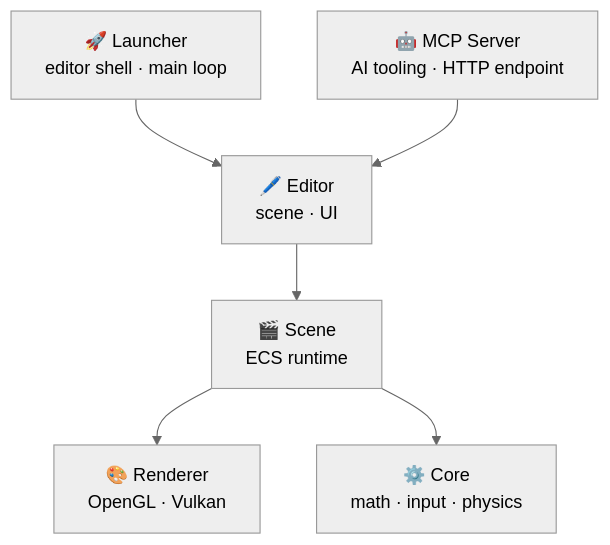
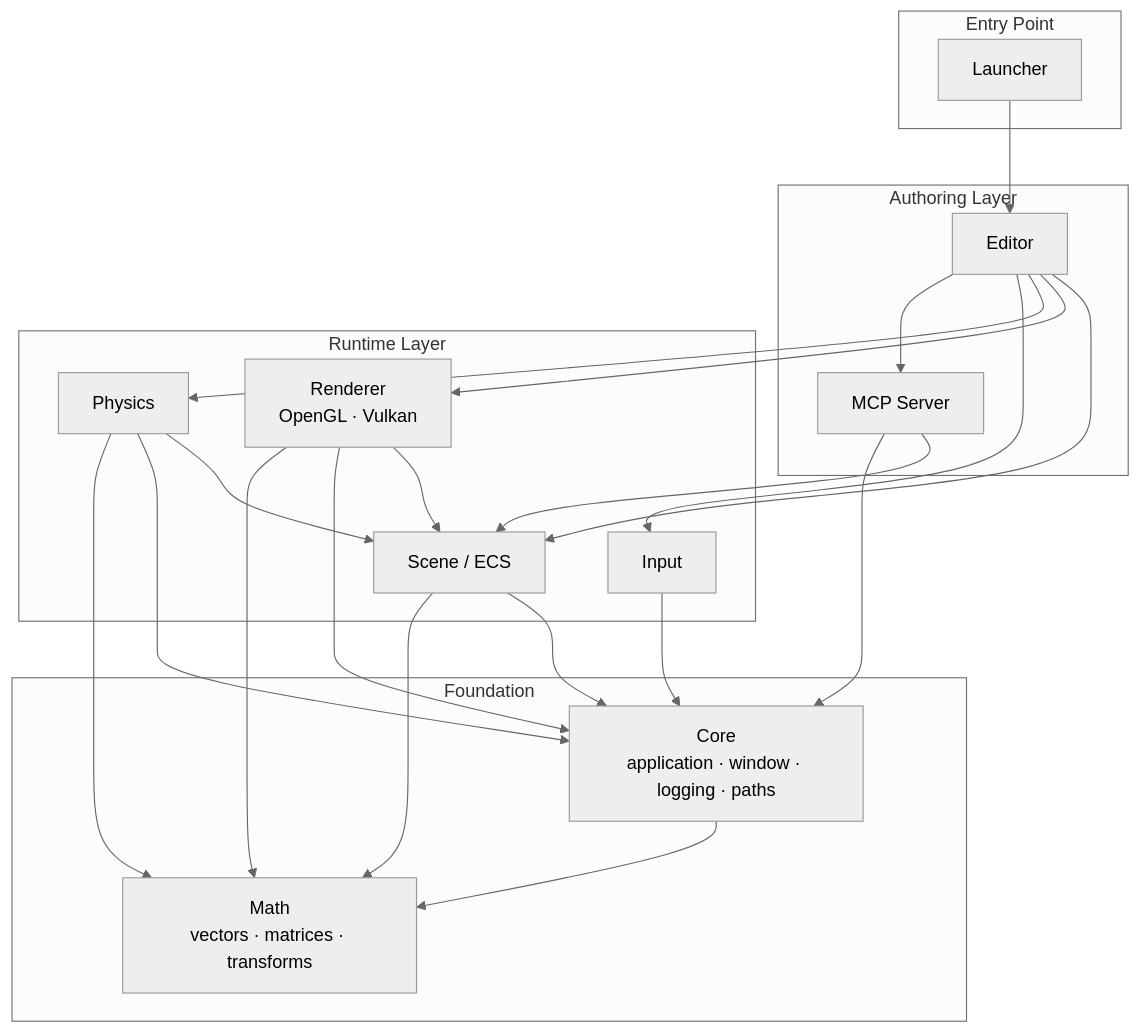
The diagram in README.md (abdullahbodur/horo-engine), drawn with Mermaid (neutral theme) before and after one commit.

Commit message:
docs(readme): rewrite architecture diagram with proper module layers

````diff
--- a/README.md
+++ b/README.md
@@ -71,15 +71,32 @@
 ```mermaid
 graph TD
-    Launcher["🚀 Launcher\neditor shell · main loop"]
-    Editor["🖊️ Editor\nscene · UI"]
-    MCP["🤖 MCP Server\nAI tooling · HTTP endpoint"]
-    Scene["🎬 Scene\nECS runtime"]
-    Renderer["🎨 Renderer\nOpenGL · Vulkan"]
-    Core["⚙️ Core\nmath · input · physics"]
+    subgraph Entry["Entry Point"]
+        Launcher
+    end
+
+    subgraph Authoring["Authoring Layer"]
+        Editor
+        MCP["MCP Server"]
+    end
+
+    subgraph Runtime["Runtime Layer"]
+        Scene["Scene / ECS"]
+        Renderer["Renderer\nOpenGL · Vulkan"]
+        Physics
+        Input
+    end
+
+    subgraph Foundation["Foundation"]
+        Core["Core\napplication · window · logging · paths"]
+        Math["Math\nvectors · matrices · transforms"]
+    end
 
     Launcher --> Editor
-    MCP --> Editor
-    Editor --> Scene
-    Scene --> Renderer
-    Scene --> Core
+    Editor --> Scene & Renderer & Physics & Input & MCP
+    MCP --> Scene & Core
+    Renderer --> Scene & Core & Math
+    Physics --> Scene & Core & Math
+    Scene --> Core & Math
+    Input --> Core
+    Core --> Math
 ```
````
